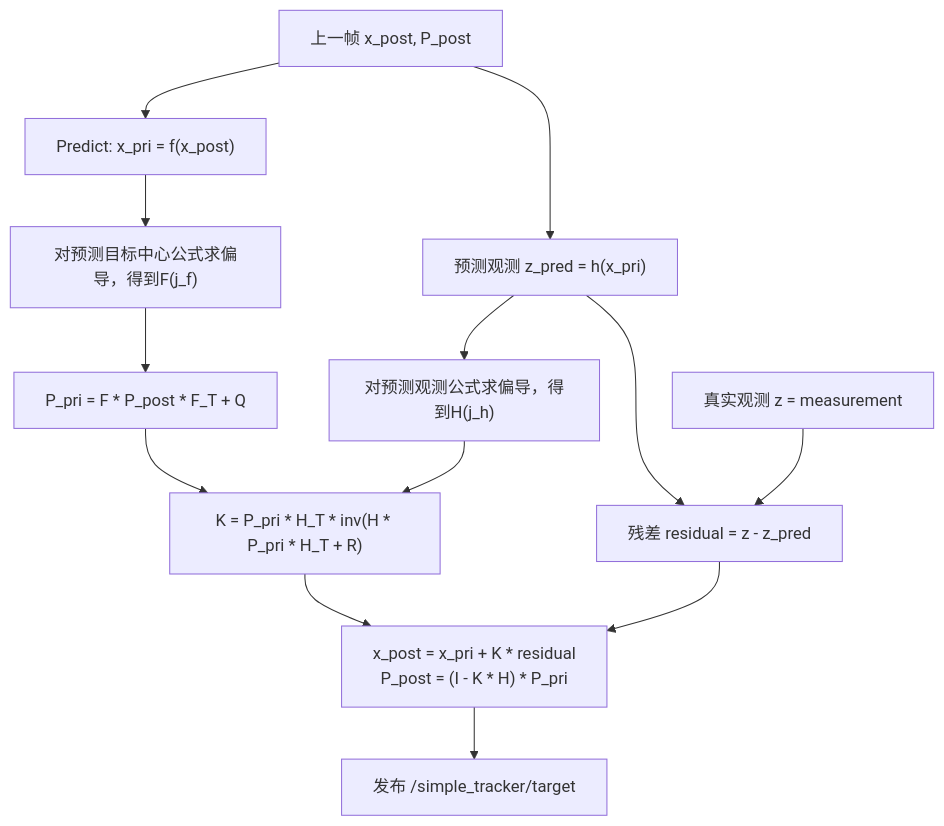
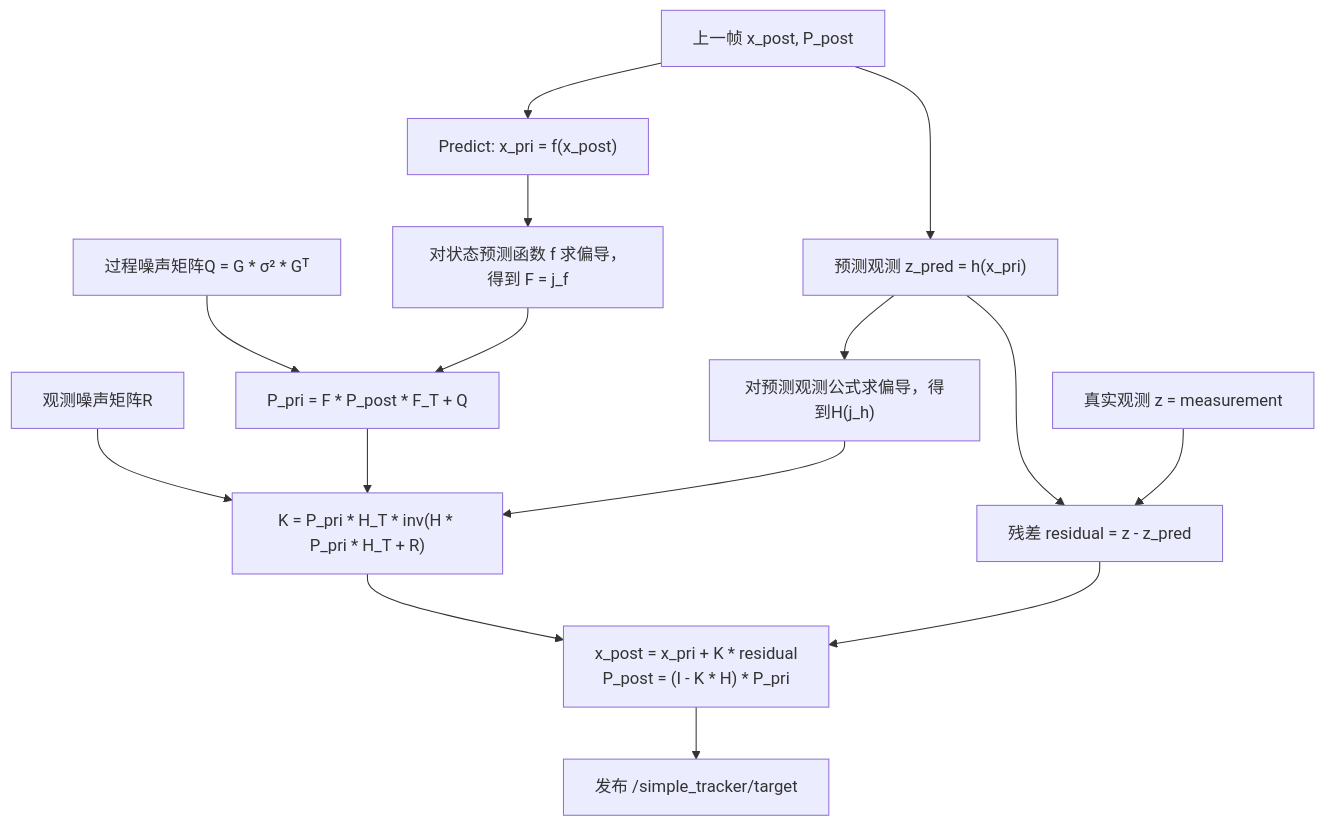
One commit to Samurai-aaa/rm_vision_virtual_reproduce changed the diagram in docs/01_technology_report.md. Above: the diagram before and after it, drawn with Mermaid.

````diff
--- a/docs/01_technology_report.md
+++ b/docs/01_technology_report.md
@@ -256,17 +256,19 @@
 ```mermaid
 flowchart TD
     A["上一帧 x_post, P_post"]
     A --> B["Predict: x_pri = f(x_post)"]
-    B --> C["对预测目标中心公式求偏导，得到F(j_f)"]
+    B --> C["对状态预测函数 f 求偏导，得到 F = j_f"]
+    Q["过程噪声矩阵Q = G * σ² * Gᵀ"] --> D
     C --> D["P_pri = F * P_post * F_T + Q"]
     A --> B1["预测观测 z_pred = h(x_pri)"]
     B1 --> C1["对预测观测公式求偏导，得到H(j_h)"]
     B1 --> D1
     Z["真实观测 z = measurement"]
     Z --> D1["残差 residual = z - z_pred"]
+    R["观测噪声矩阵R"]--> E
     D --> E["K = P_pri * H_T * inv(H * P_pri * H_T + R)"]
     C1 --> E
     E --> F
     D1 --> F["x_post = x_pri + K * residual\nP_post = (I - K * H) * P_pri"]
     F--> G["发布 /simple_tracker/target"]
 ```
````
